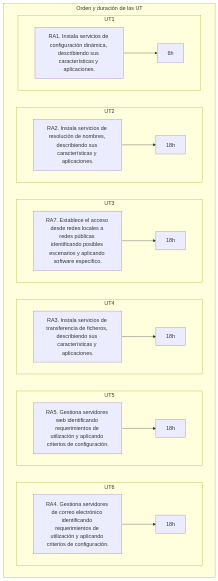
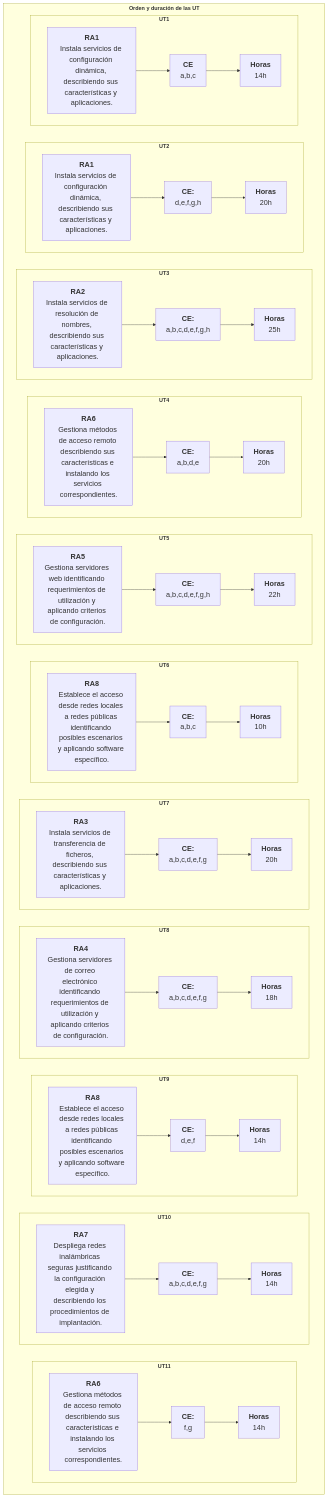
Before and after one commit to javieregeablasco/Apuntes: the diagram in docs/SMX/SMX_2/SX/apuntes/00_Temario.md, drawn with Mermaid. The commit also changed other lines of this file and 28 other files, not shown here.

````diff
--- a/docs/SMX/SMX_2/SX/apuntes/00_Temario.md
+++ b/docs/SMX/SMX_2/SX/apuntes/00_Temario.md
@@ -279,52 +279,139 @@
 ```mermaid
 flowchart TB 
-  A["RA1. Instala servicios de configuración dinámica, describiendo sus características y aplicaciones."]
-  C["RA2. Instala servicios de resolución de nombres, describiendo sus características y aplicaciones."]
-  E["RA3. Instala servicios de transferencia de ficheros, describiendo sus características y aplicaciones."]
-  F["RA4. Gestiona servidores de correo electrónico identificando requerimientos de utilización y aplicando criterios de configuración."]
-  B["RA5. Gestiona servidores web identificando requerimientos de utilización y aplicando criterios de configuración."]
-  D["RA6. Gestiona métodos de acceso remoto describiendo sus características e instalando los servicios correspondientes."]
-  D["RA7. Despliega redes inalámbricas seguras justificando la configuración elegida y describiendo los procedimientos de implantación."]
-  D["RA7. Establece el acceso desde redes locales a redes públicas identificando posibles escenarios y aplicando software específico."]
-  AA["6h"]
-  BB["18h"]
-  CC["18h"]
-  DD["18h"]
-  EE["18h"]
-  FF["18h"]
-  
-  subgraph Orden y duración de las UT
+  A["`**RA1**
+  Instala servicios de configuración dinámica, describiendo sus características y aplicaciones.`"]
+  B["`**RA1**
+  Instala servicios de configuración dinámica, describiendo sus características y aplicaciones.`"]
+  C["`**RA2**
+  Instala servicios de resolución de nombres, describiendo sus características y aplicaciones.`"]
+  D["`**RA6**
+  Gestiona métodos de acceso remoto describiendo sus características e instalando los servicios correspondientes.`"]
+  E["`**RA5**
+  Gestiona servidores web identificando requerimientos de utilización y aplicando criterios de configuración.`"]
+  F["`**RA8**
+  Establece el acceso desde redes locales a redes públicas identificando posibles escenarios y aplicando software específico.`"]
+  G["`**RA3**
+  Instala servicios de transferencia de ficheros, describiendo sus características y aplicaciones.`"]
+  H["`**RA4**
+  Gestiona servidores de correo electrónico identificando requerimientos de utilización y aplicando criterios de configuración.`"]
+  I["`**RA8**
+  Establece el acceso desde redes locales a redes públicas identificando posibles escenarios y aplicando software específico.`"]
+  J["`**RA7**
+  Despliega redes inalámbricas seguras justificando la configuración elegida y describiendo los procedimientos de implantación.`"]
+  K["`**RA6**
+  Gestiona métodos de acceso remoto describiendo sus características e instalando los servicios correspondientes.`"]
 
-    subgraph UT6  
+  classDef texto font-size:1.1em;
+  classDef principal font-size:1.4em;
+
+  class A,B,C,D,E,F,G,H,I,J,K texto;
+
+  subgraph "`**Orden y duración de las UT**`"
+    AA["`**Horas**
+    14h`"]
+    BB["`**Horas**
+    20h`"]
+    CC["`**Horas**
+    25h`"]
+    DD["`**Horas**
+    20h`"]
+    EE["`**Horas**
+    22h`"]
+    FF["`**Horas**
+    10h`"]
+    GG["`**Horas**
+    20h`"]
+    HH["`**Horas**
+    18h`"]
+    II["`**Horas**
+    14h`"]
+    JJ["`**Horas**
+    14h`"]
+    KK["`**Horas**
+    14h`"]
+
+    AAA["`**CE**
+    a,b,c`"]
+    BBB["`**CE:**
+    d,e,f,g,h`"]
+    CCC["`**CE:**
+    a,b,c,d,e,f,g,h`"]
+    DDD["`**CE:**
+    a,b,d,e`"]
+    EEE["`**CE:**
+    a,b,c,d,e,f,g,h`"]
+    FFF["`**CE:**
+    a,b,c`"]
+    GGG["`**CE:**
+    a,b,c,d,e,f,g`"]
+    HHH["`**CE:**
+    a,b,c,d,e,f,g`"]
+    III["`**CE:**
+    d,e,f`"]
+    JJJ["`**CE:**
+    a,b,c,d,e,f,g`"]
+    KKK["`**CE:**
+    f,g`"]
+
+    subgraph "`**UT11**`"
       direction LR
-      F --> FF
+      K --> KKK --> KK
     end
     
-    subgraph UT5 
+    subgraph "`**UT10**`"   
       direction LR
-      B --> BB
+      J --> JJJ --> JJ
     end
 
-    subgraph UT4  
+    subgraph "`**UT9**`"
       direction LR
-      E --> EE
+      I --> III --> II
+    end
+
+    subgraph "`**UT8**`"
+      direction LR
+      H --> HHH --> HH
+    end
+
+    subgraph "`**UT7**`"  
+      direction LR
+      G --> GGG --> GG
+    end
+
+    subgraph "`**UT6**`" 
+      direction LR
+      F --> FFF --> FF
+    end
+
+    subgraph "`**UT5**`" 
+      direction LR
+      E --> EEE --> EE
+    end
+
+    subgraph "`**UT4**`" 
+      direction LR
+      D --> DDD --> DD
+    end
+  
+    subgraph "`**UT3**`" 
+      direction LR
+      C --> CCC --> CC
     end
     
-    subgraph UT3  
+    subgraph "`**UT2**`" 
       direction LR
-      D --> DD
-    end
-    
-    subgraph UT2  
-      direction LR
-      C --> CC
+      B --> BBB --> BB
     end
 
+    subgraph "`**UT1**`"
+      direction LR
+      A --> AAA --> AA
+    end
+  
 
-    subgraph UT1 
-      direction LR
-      A --> AA
-    end
-
+    class AA,BB,CC,DD,EE,FF,GG,HH,II,JJ,KK texto;
+    class AAA,BBB,CCC,DDD,EEE,FFF,GGG,HHH,III,JJJ,KKK texto;
+    
+  
   end
 ```
````
